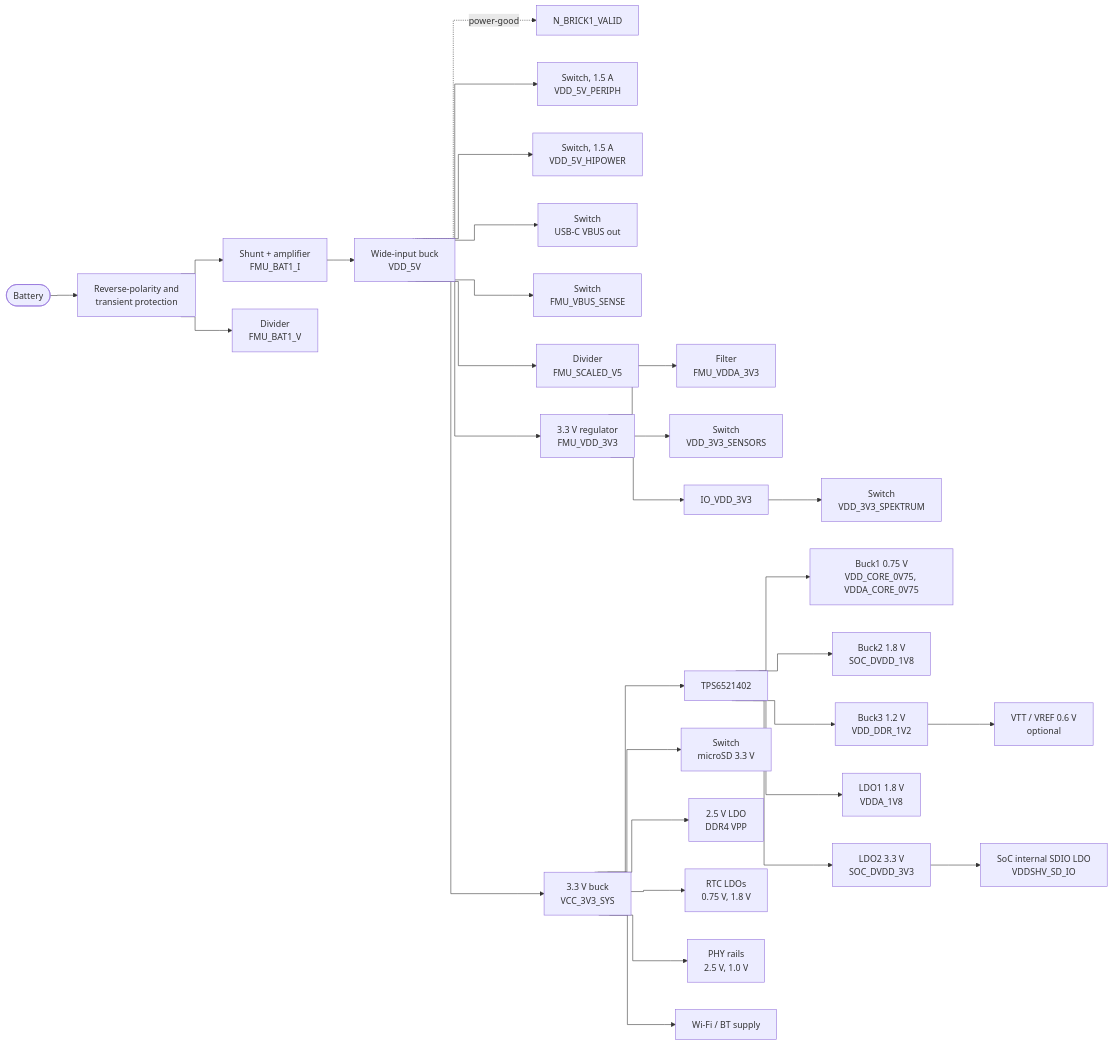
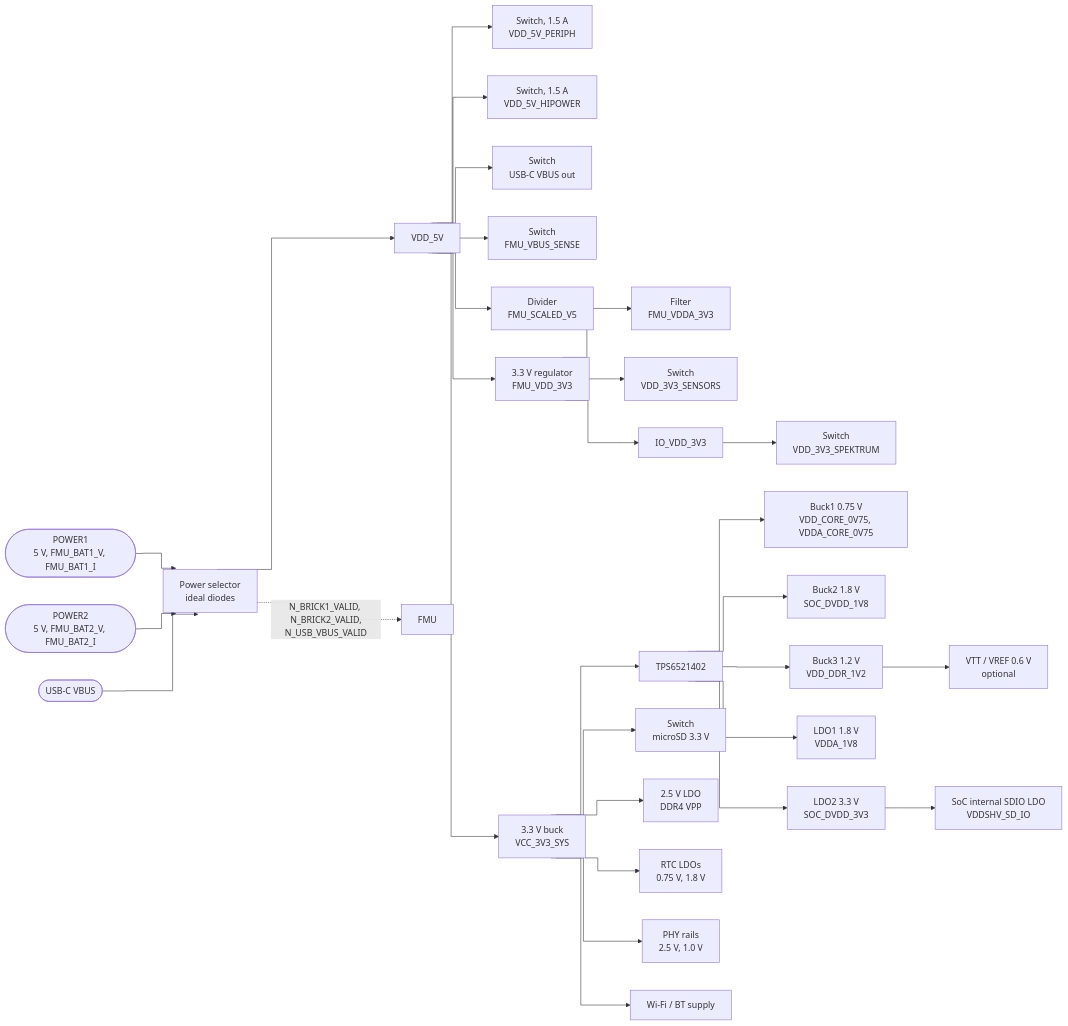
Before and after one commit to JustBrenkman/sora: the fourth of 4 diagrams in projects/pinion/specs/diagrams/block-diagram.md, drawn with Mermaid. The commit also changed other lines of this file and 7 other files, not shown here.

Commit message:
revised pinouts, schematic todo and added 30.5 x 30.5 moutning holes

````diff
--- a/projects/pinion/specs/diagrams/block-diagram.md
+++ b/projects/pinion/specs/diagrams/block-diagram.md
@@ -151,35 +153,36 @@
 ```mermaid
 %%{init: {"flowchart": {"curve": "step"}}}%%
 flowchart LR
-    BAT([Battery]) --> PROT[Reverse-polarity and<br/>transient protection] --> SH[Shunt + amplifier<br/>FMU_BAT1_I]
-    PROT --> DIV[Divider<br/>FMU_BAT1_V]
-    SH --> BUCK5[Wide-input buck<br/>VDD_5V]
-    BUCK5 -.->|power-good| VAL[N_BRICK1_VALID]
+    PM1([POWER1<br/>5 V, FMU_BAT1_V, FMU_BAT1_I]) --> SEL[Power selector<br/>ideal diodes]
+    PM2([POWER2<br/>5 V, FMU_BAT2_V, FMU_BAT2_I]) --> SEL
+    USBV([USB-C VBUS]) --> SEL
+    SEL --> BUCK5[VDD_5V]
+    SEL -.->|N_BRICK1_VALID, N_BRICK2_VALID,<br/>N_USB_VBUS_VALID| VAL[FMU]
 
     BUCK5 --> P5[Switch, 1.5 A<br/>VDD_5V_PERIPH]
     BUCK5 --> H5[Switch, 1.5 A<br/>VDD_5V_HIPOWER]
     BUCK5 --> U5[Switch<br/>USB-C VBUS out]
     BUCK5 --> F5[Switch<br/>FMU_VBUS_SENSE]
     BUCK5 --> SCAL[Divider<br/>FMU_SCALED_V5]
 
     BUCK5 --> F33[3.3 V regulator<br/>FMU_VDD_3V3]
     F33 --> FA[Filter<br/>FMU_VDDA_3V3]
     F33 --> S33[Switch<br/>VDD_3V3_SENSORS]
     F33 --> I33[IO_VDD_3V3]
     I33 --> SPK[Switch<br/>VDD_3V3_SPEKTRUM]
 
     BUCK5 --> B33[3.3 V buck<br/>VCC_3V3_SYS]
     B33 --> PMIC[TPS6521402]
     PMIC --> C[Buck1 0.75 V<br/>VDD_CORE_0V75, VDDA_CORE_0V75]
     PMIC --> D18[Buck2 1.8 V<br/>SOC_DVDD_1V8]
     PMIC --> DDR[Buck3 1.2 V<br/>VDD_DDR_1V2]
     PMIC --> A18[LDO1 1.8 V<br/>VDDA_1V8]
     PMIC --> D33[LDO2 3.3 V<br/>SOC_DVDD_3V3]
     D33 --> SDL[SoC internal SDIO LDO<br/>VDDSHV_SD_IO]
     B33 --> SDP[Switch<br/>microSD 3.3 V]
     B33 --> VPP[2.5 V LDO<br/>DDR4 VPP]
     DDR --> VTT[VTT / VREF 0.6 V<br/>optional]
     B33 --> RTC[RTC LDOs<br/>0.75 V, 1.8 V]
     B33 --> PHYR[PHY rails<br/>2.5 V, 1.0 V]
     B33 --> WLR[Wi-Fi / BT supply]
 ```
````
